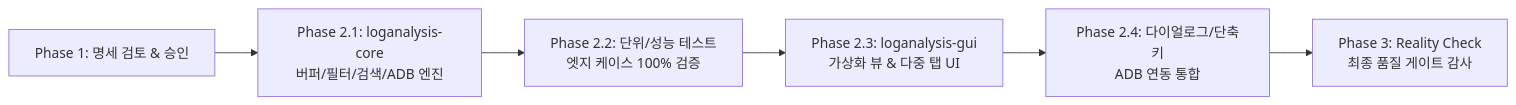
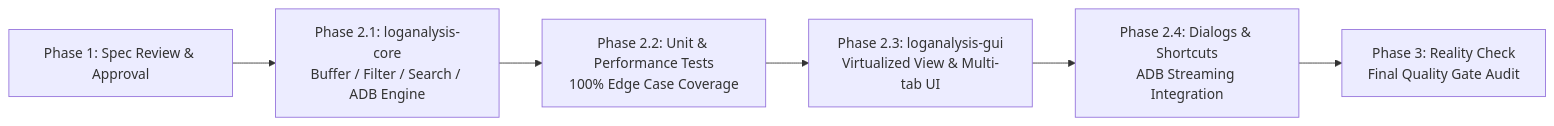
One commit to hwanjongyu/LogAnalysis changed the second of 2 diagrams in docs/spec-loganalysis-rust-gpui.md. Above: the diagram before and after it, drawn with Mermaid. The commit also changed other lines of this file and 10 other files, not shown here.

````diff
--- a/docs/spec-loganalysis-rust-gpui.md
+++ b/docs/spec-loganalysis-rust-gpui.md
@@ -258,8 +258,8 @@
 ```mermaid
 flowchart LR
-    P1[Phase 1: 명세 검토 & 승인] --> P2_1[Phase 2.1: loganalysis-core<br/>버퍼/필터/검색/ADB 엔진]
-    P2_1 --> P2_2[Phase 2.2: 단위/성능 테스트<br/>엣지 케이스 100% 검증]
-    P2_2 --> P2_3[Phase 2.3: loganalysis-gui<br/>가상화 뷰 & 다중 탭 UI]
-    P2_3 --> P2_4[Phase 2.4: 다이얼로그/단축키<br/>ADB 연동 통합]
-    P2_4 --> P3[Phase 3: Reality Check<br/>최종 품질 게이트 감사]
+    P1[Phase 1: Spec Review & Approval] --> P2_1[Phase 2.1: loganalysis-core<br/>Buffer / Filter / Search / ADB Engine]
+    P2_1 --> P2_2[Phase 2.2: Unit & Performance Tests<br/>100% Edge Case Coverage]
+    P2_2 --> P2_3[Phase 2.3: loganalysis-gui<br/>Virtualized View & Multi-tab UI]
+    P2_3 --> P2_4[Phase 2.4: Dialogs & Shortcuts<br/>ADB Streaming Integration]
+    P2_4 --> P3[Phase 3: Reality Check<br/>Final Quality Gate Audit]
 ```
````
